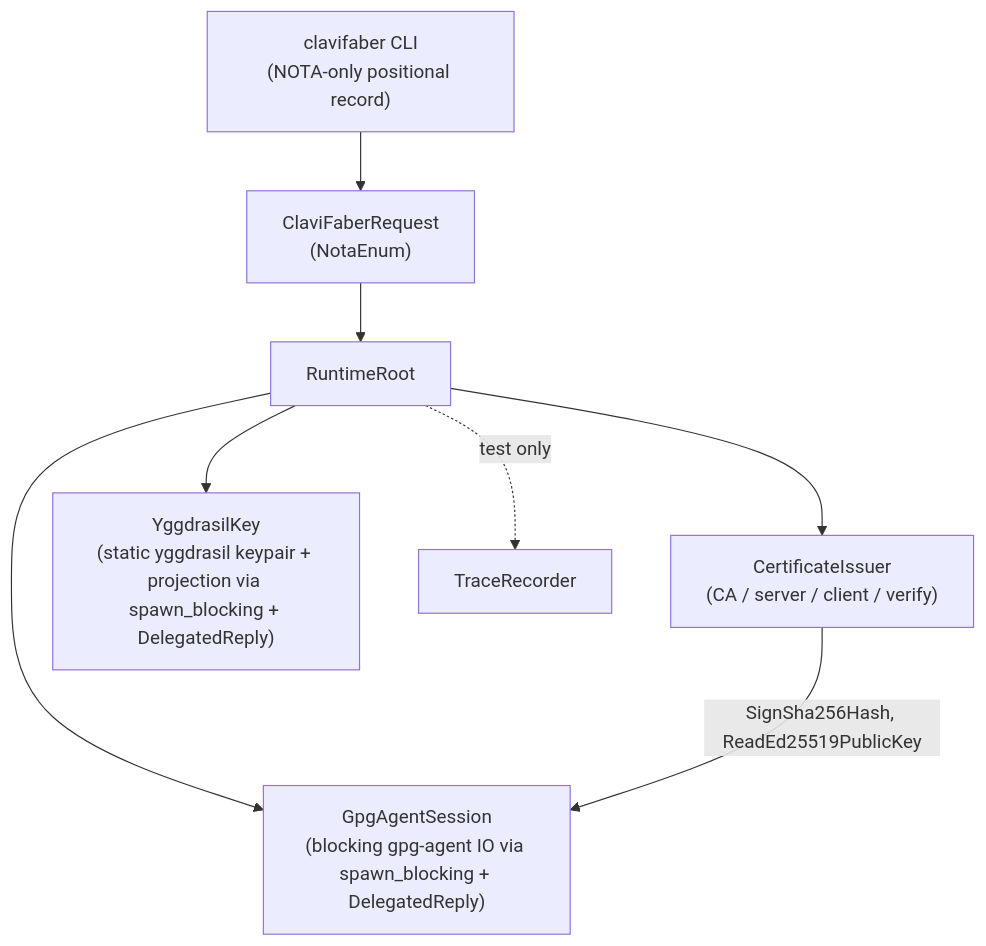
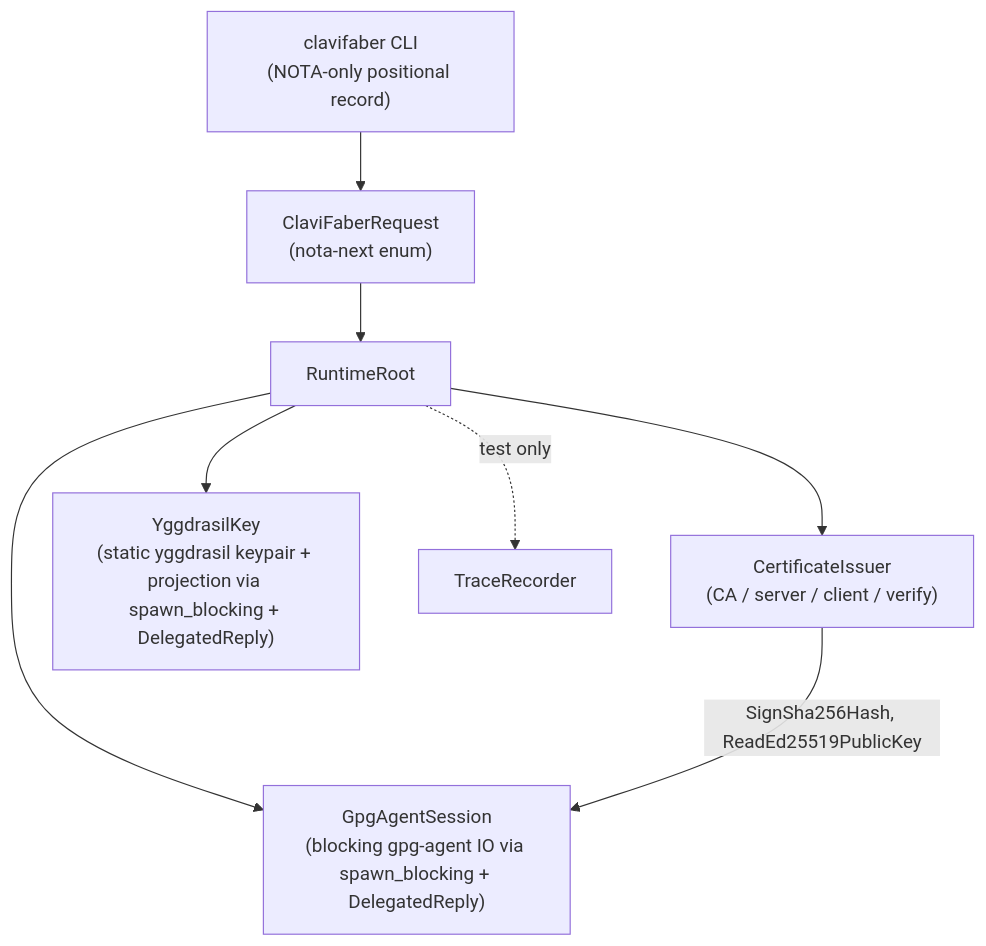
The diagram in ARCHITECTURE.md (LiGoldragon/clavifaber), drawn with Mermaid before and after one commit. The commit also changed 9 other files, not shown here.

Commit message:
(("Migration", "nota"), ("Switch", "clavifaber request surface to nota-next"), ("Verdict", "old nota-codec dependency removed"))

````diff
--- a/ARCHITECTURE.md
+++ b/ARCHITECTURE.md
@@ -68,11 +68,11 @@
 ```mermaid
 flowchart TB
-    cli["clavifaber CLI<br/>(NOTA-only positional record)"] --> request["ClaviFaberRequest<br/>(NotaEnum)"]
+    cli["clavifaber CLI<br/>(NOTA-only positional record)"] --> request["ClaviFaberRequest<br/>(nota-next enum)"]
     request --> root["RuntimeRoot"]
     root --> certificate_issuer["CertificateIssuer<br/>(CA / server / client / verify)"]
     root --> gpg_agent_session["GpgAgentSession<br/>(blocking gpg-agent IO via spawn_blocking + DelegatedReply)"]
     root --> yggdrasil_key["YggdrasilKey<br/>(static yggdrasil keypair + projection via spawn_blocking + DelegatedReply)"]
     root -. test only .-> trace_recorder["TraceRecorder"]
 
     certificate_issuer -->|SignSha256Hash, ReadEd25519PublicKey| gpg_agent_session
 ```
````
